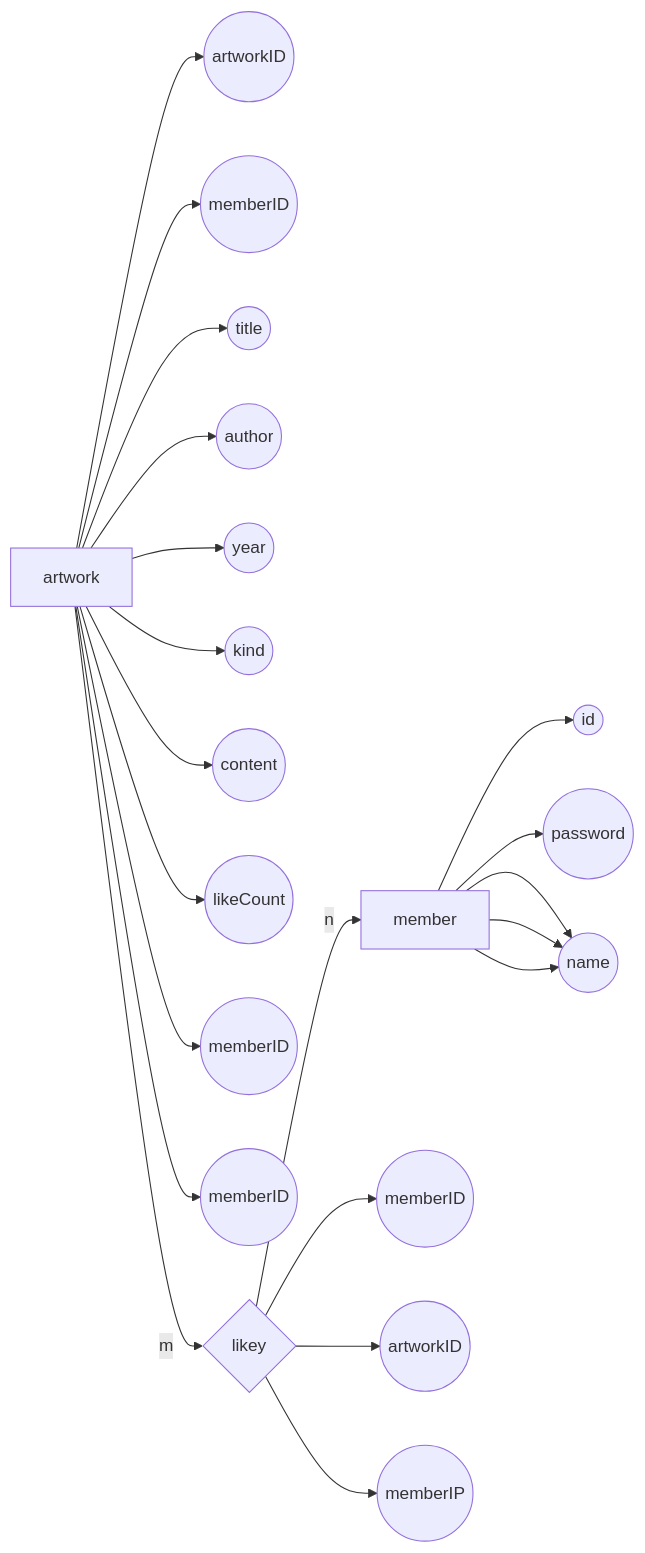
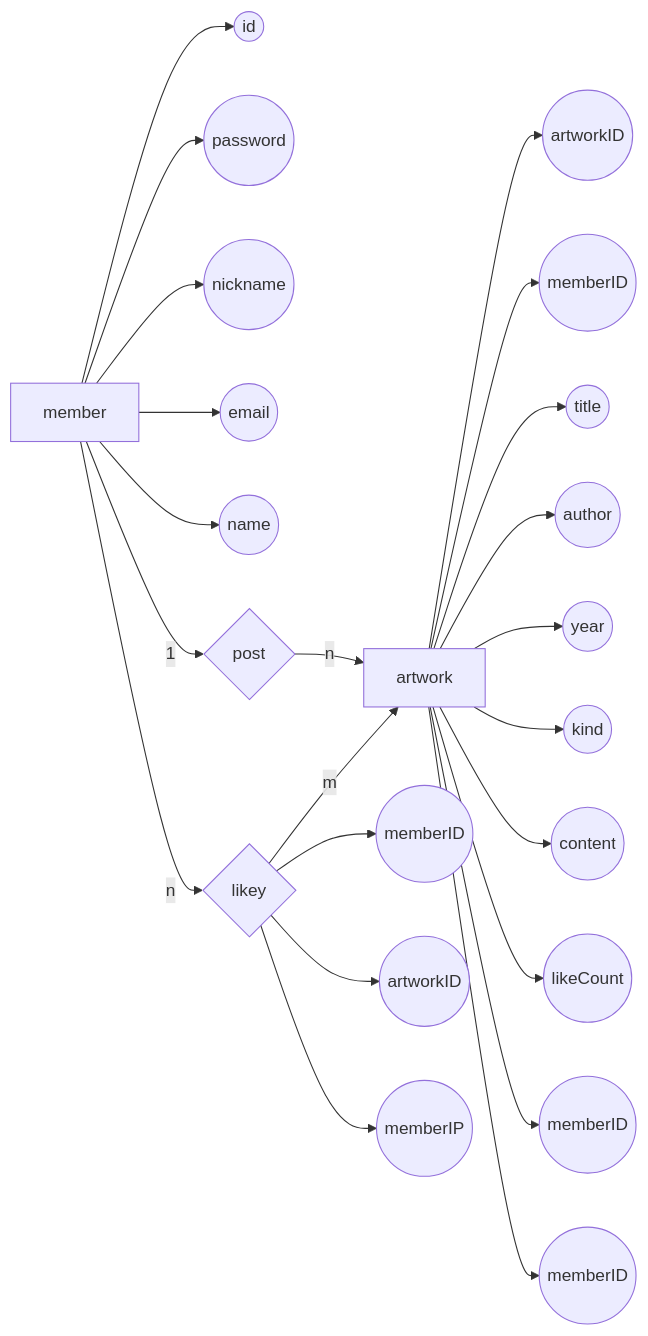
The diagram in README.md (ydj1215/2022DataBaseProject), drawn with Mermaid before and after one commit.

````diff
--- a/README.md
+++ b/README.md
@@ -40,27 +40,34 @@
 ```mermaid
 graph LR
 A[artwork]
    A --> B((artworkID))
    A --> C((memberID))
    A --> D((title))
    A --> E((author))
    A --> F((year))
    A --> G((kind))
    A --> H((content))
    A --> I((likeCount))
    A --> J((memberID))
    A --> K((memberID))
-   A --> |m|a
+   
 L[member]
   L --> M((id))
   L --> N((password))
   L --> O((nickname))
-  L --> O((email))
-  L --> O((name))
+  L --> P((email))
+  L --> Q((name))
+  L --> |1|z
+  L --> |n|a
+
+  
 a{likey}
   a --> b((memberID))
   a --> c((artworkID))
   a --> d((memberIP))
-  a --> |n|L
+  a --> |m|A
+  
+z{post}
+  z --> |n|A
 
 ```
````
